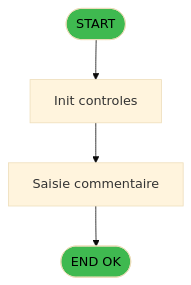
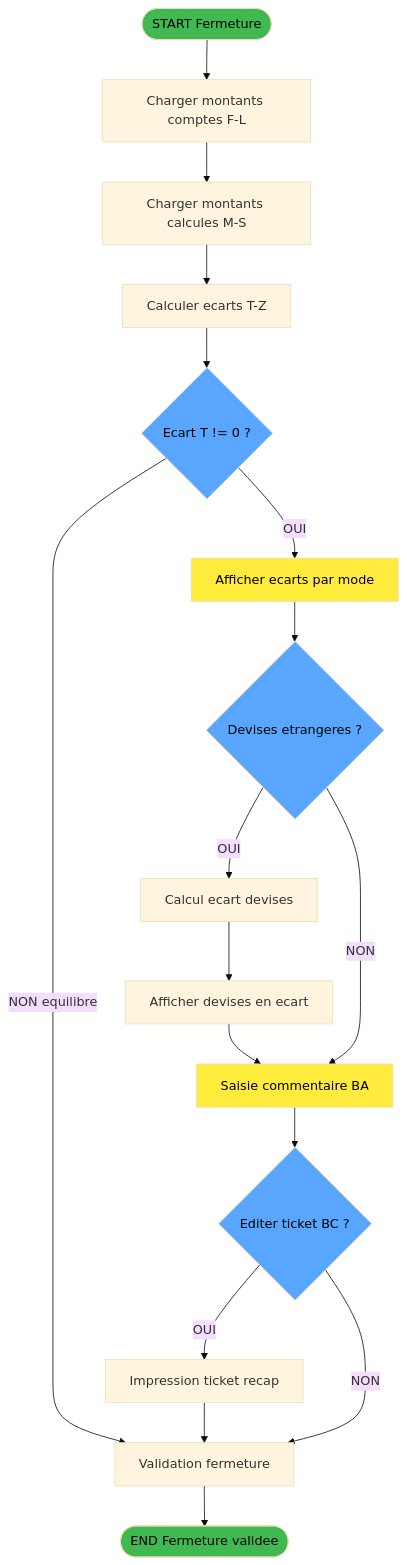
The second of 4 diagrams in .openspec/specs/ADH-IDE-130.md (thonyAGP/magic-migration), drawn with Mermaid (base theme) before and after one commit. The commit also changed other lines of this file and 1 other file, not shown here.

````diff
--- a/.openspec/specs/ADH-IDE-130.md
+++ b/.openspec/specs/ADH-IDE-130.md
@@ -1575,13 +1619,37 @@
 ```mermaid
 flowchart TD
-    START([START])
-    INIT[Init controles]
-    SAISIE[Saisie commentaire]
-    ENDOK([END OK])
+    START([START Fermeture])
+    INIT[Charger montants comptes F-L]
+    CALC[Charger montants calcules M-S]
+    ECART[Calculer ecarts T-Z]
+    DECECART{Ecart T != 0 ?}
+    AFFICHE[Afficher ecarts par mode]
+    DECDEVISE{Devises etrangeres ?}
+    CALCDEV[Calcul ecart devises]
+    AFFDEV[Afficher devises en ecart]
+    SAISIECOM[Saisie commentaire BA]
+    DECTICKET{Editer ticket BC ?}
+    TICKET[Impression ticket recap]
+    VALID[Validation fermeture]
+    ENDOK([END Fermeture validee])
 
-    START --> INIT --> SAISIE
-    SAISIE --> ENDOK
+    START --> INIT --> CALC --> ECART
+    ECART --> DECECART
+    DECECART -->|OUI| AFFICHE
+    DECECART -->|NON equilibre| VALID
+    AFFICHE --> DECDEVISE
+    DECDEVISE -->|OUI| CALCDEV --> AFFDEV --> SAISIECOM
+    DECDEVISE -->|NON| SAISIECOM
+    SAISIECOM --> DECTICKET
+    DECTICKET -->|OUI| TICKET --> VALID
+    DECTICKET -->|NON| VALID
+    VALID --> ENDOK
 
     style START fill:#3fb950,color:#000
     style ENDOK fill:#3fb950,color:#000
+    style DECECART fill:#58a6ff,color:#000
+    style DECDEVISE fill:#58a6ff,color:#000
+    style DECTICKET fill:#58a6ff,color:#000
+    style AFFICHE fill:#ffeb3b,color:#000
+    style SAISIECOM fill:#ffeb3b,color:#000
 ```
````
